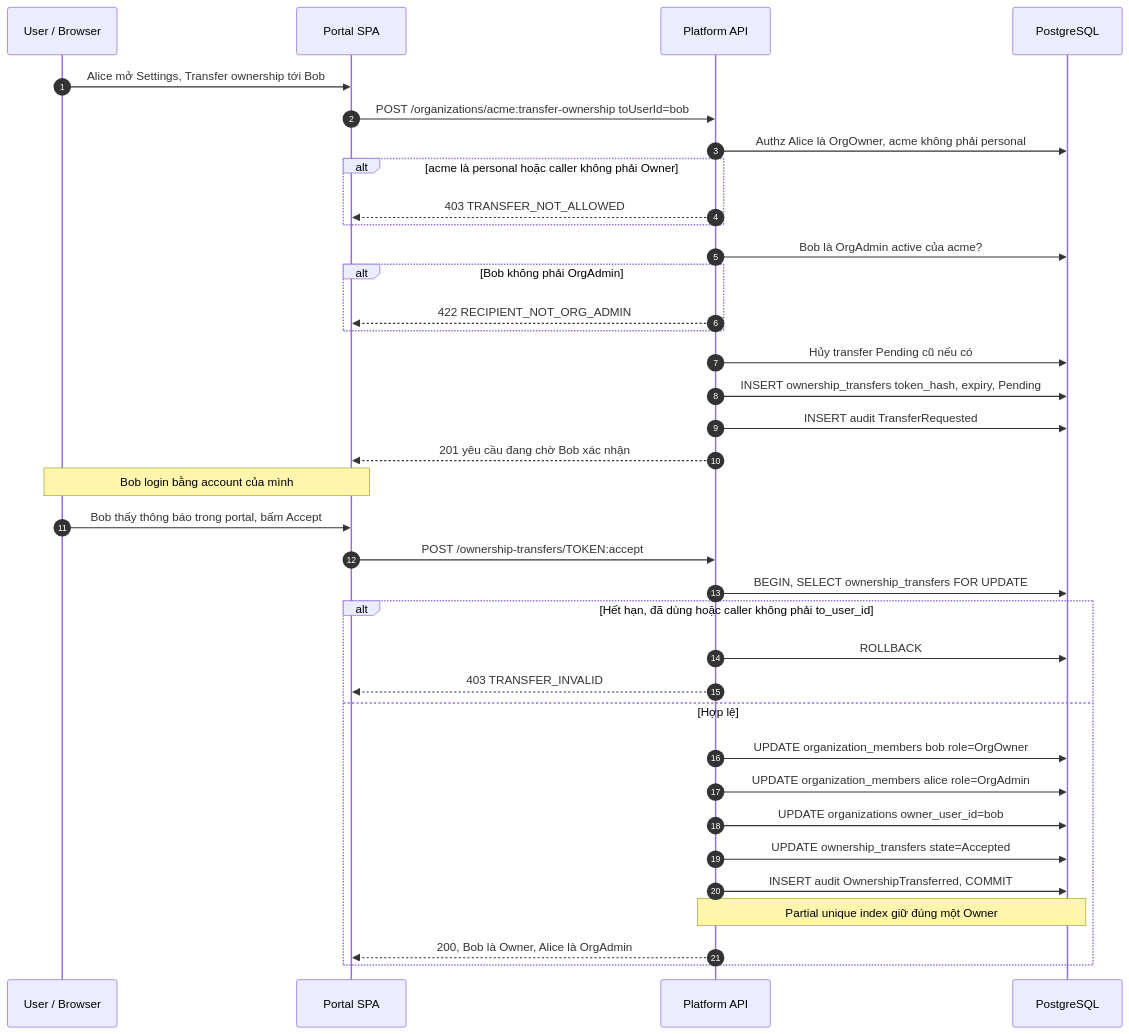
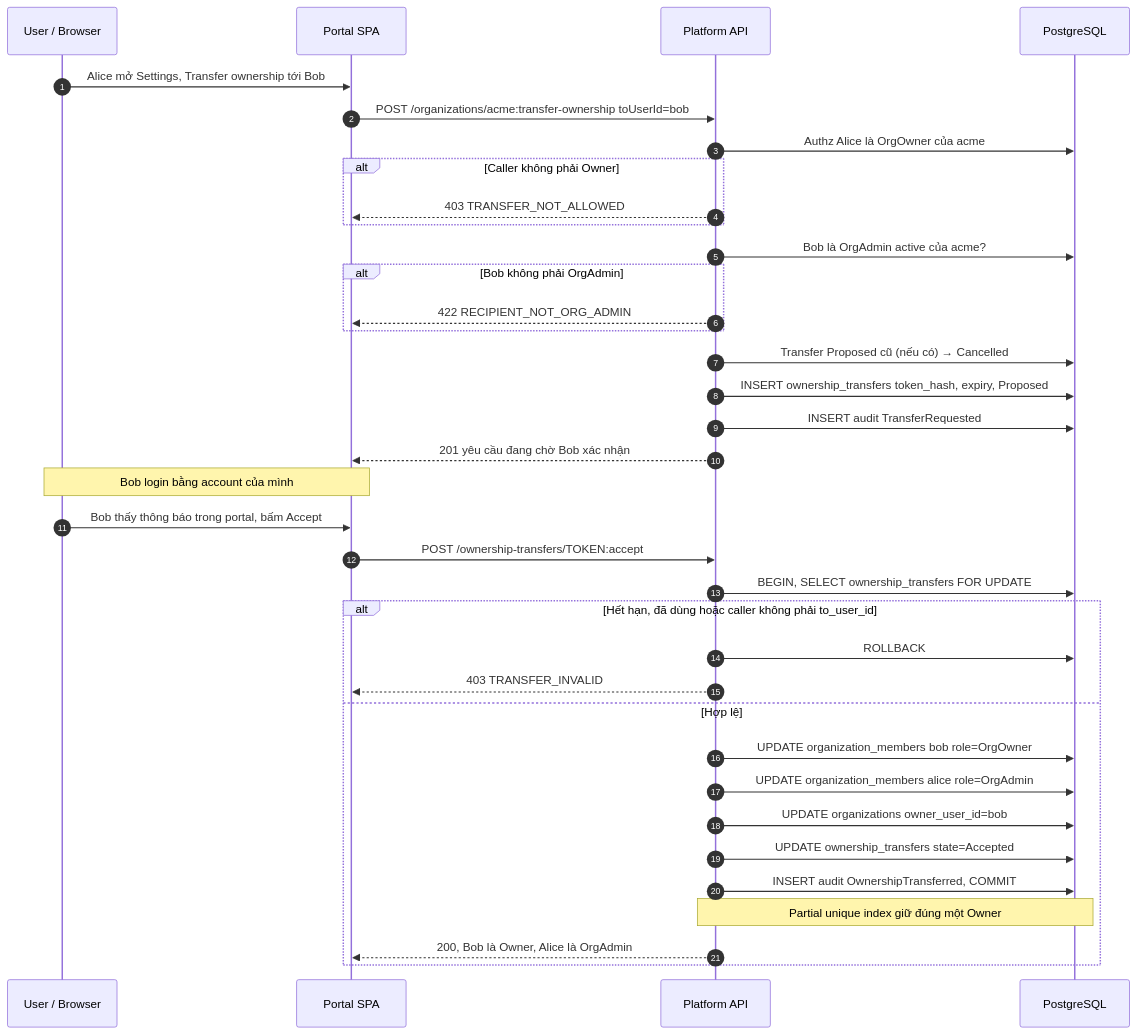
One commit to thaihoc1310/tenantry changed diagram 15 of 19 in docs/architecture/03-flows.md. Above: the diagram before and after it, drawn with Mermaid. The commit also changed other lines of this file and 12 other files, not shown here.

````diff
--- a/docs/architecture/03-flows.md
+++ b/docs/architecture/03-flows.md
@@ -824,39 +880,39 @@
 ```mermaid
 sequenceDiagram
   autonumber
   participant U as User / Browser
   participant SPA as Portal SPA
   participant API as Platform API
   participant DB as PostgreSQL
 
   U->>SPA: Alice mở Settings, Transfer ownership tới Bob
   SPA->>API: POST /organizations/acme:transfer-ownership toUserId=bob
-  API->>DB: Authz Alice là OrgOwner, acme không phải personal
-  alt acme là personal hoặc caller không phải Owner
+  API->>DB: Authz Alice là OrgOwner của acme
+  alt Caller không phải Owner
     API-->>SPA: 403 TRANSFER_NOT_ALLOWED
   end
   API->>DB: Bob là OrgAdmin active của acme?
   alt Bob không phải OrgAdmin
     API-->>SPA: 422 RECIPIENT_NOT_ORG_ADMIN
   end
-  API->>DB: Hủy transfer Pending cũ nếu có
-  API->>DB: INSERT ownership_transfers token_hash, expiry, Pending
+  API->>DB: Transfer Proposed cũ (nếu có) → Cancelled
+  API->>DB: INSERT ownership_transfers token_hash, expiry, Proposed
   API->>DB: INSERT audit TransferRequested
   API-->>SPA: 201 yêu cầu đang chờ Bob xác nhận
   Note over U,SPA: Bob login bằng account của mình
   U->>SPA: Bob thấy thông báo trong portal, bấm Accept
   SPA->>API: POST /ownership-transfers/TOKEN:accept
   API->>DB: BEGIN, SELECT ownership_transfers FOR UPDATE
   alt Hết hạn, đã dùng hoặc caller không phải to_user_id
     API->>DB: ROLLBACK
     API-->>SPA: 403 TRANSFER_INVALID
   else Hợp lệ
     API->>DB: UPDATE organization_members bob role=OrgOwner
     API->>DB: UPDATE organization_members alice role=OrgAdmin
     API->>DB: UPDATE organizations owner_user_id=bob
     API->>DB: UPDATE ownership_transfers state=Accepted
     API->>DB: INSERT audit OwnershipTransferred, COMMIT
     Note over API,DB: Partial unique index giữ đúng một Owner
     API-->>SPA: 200, Bob là Owner, Alice là OrgAdmin
   end
 ```
````
